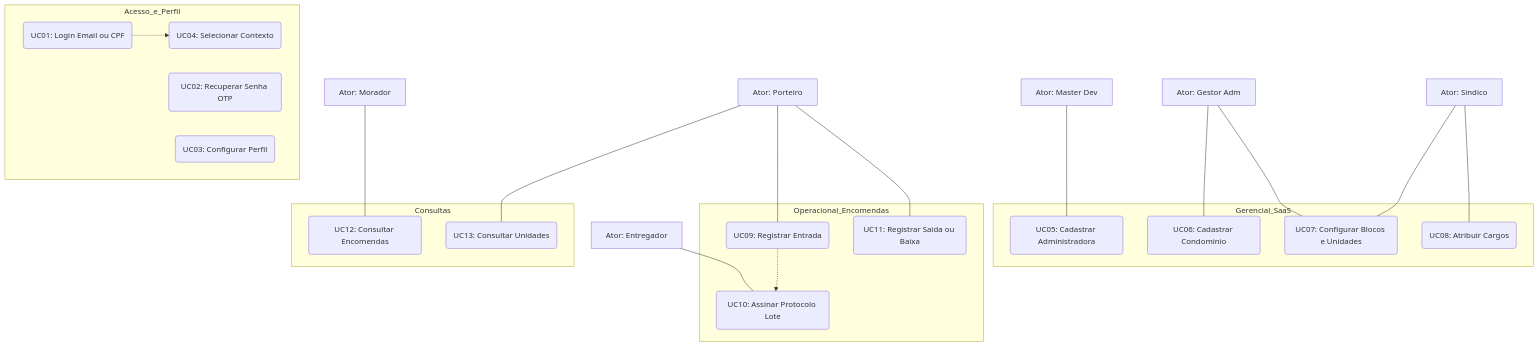
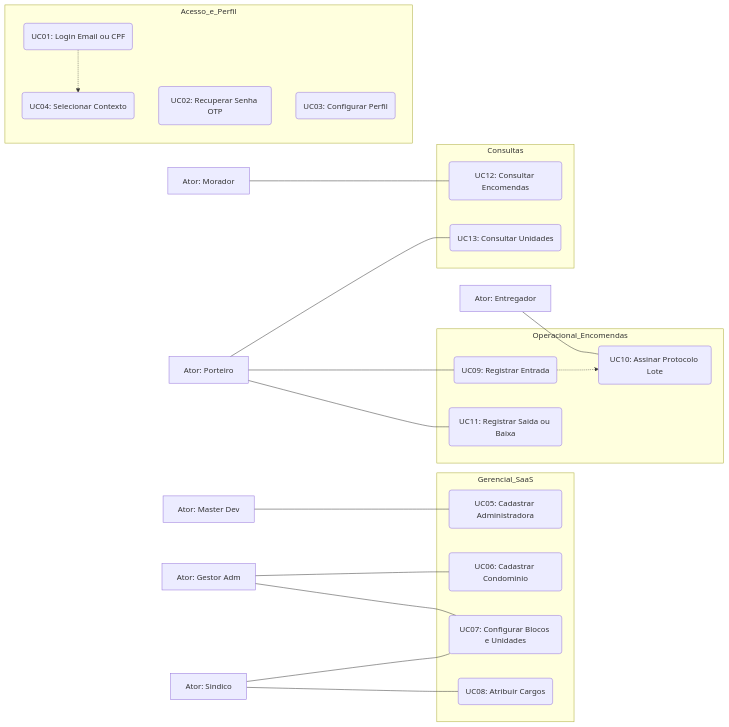
One commit to marciobonnassieux/CondominiumApp changed the diagram in Docs/Casos_de_uso_2.md. Above: the diagram before and after it, drawn with Mermaid. The commit also changed 2 other files, not shown here.

Commit message:
documentação

````diff
--- a/Docs/Casos_de_uso_2.md
+++ b/Docs/Casos_de_uso_2.md
@@ -1,51 +1,51 @@
 ```mermaid
-graph TD
+graph LR
     %% Atores (Retângulos Simples)
     Master[Ator: Master Dev]
     Adm[Ator: Gestor Adm]
     Sindico[Ator: Sindico]
     Porteiro[Ator: Porteiro]
     Morador[Ator: Morador]
     Entregador[Ator: Entregador]
 
     subgraph Acesso_e_Perfil
         UC01(UC01: Login Email ou CPF)
         UC02(UC02: Recuperar Senha OTP)
         UC03(UC03: Configurar Perfil)
         UC04(UC04: Selecionar Contexto)
     end
 
     subgraph Gerencial_SaaS
         UC05(UC05: Cadastrar Administradora)
         UC06(UC06: Cadastrar Condominio)
         UC07(UC07: Configurar Blocos e Unidades)
         UC08(UC08: Atribuir Cargos)
     end
 
     subgraph Operacional_Encomendas
         UC09(UC09: Registrar Entrada)
         UC10(UC10: Assinar Protocolo Lote)
         UC11(UC11: Registrar Saida ou Baixa)
     end
 
     subgraph Consultas
         UC12(UC12: Consultar Encomendas)
         UC13(UC13: Consultar Unidades)
     end
 
     %% Relacionamentos
     Master --- UC05
     Adm --- UC06
     Adm --- UC07
     Sindico --- UC07
     Sindico --- UC08
     Porteiro --- UC09
     Porteiro --- UC11
     Porteiro --- UC13
     Entregador --- UC10
     Morador --- UC12
 
     %% Dependencias
     UC01 -.-> UC04
     UC09 -.-> UC10
 ```
````
